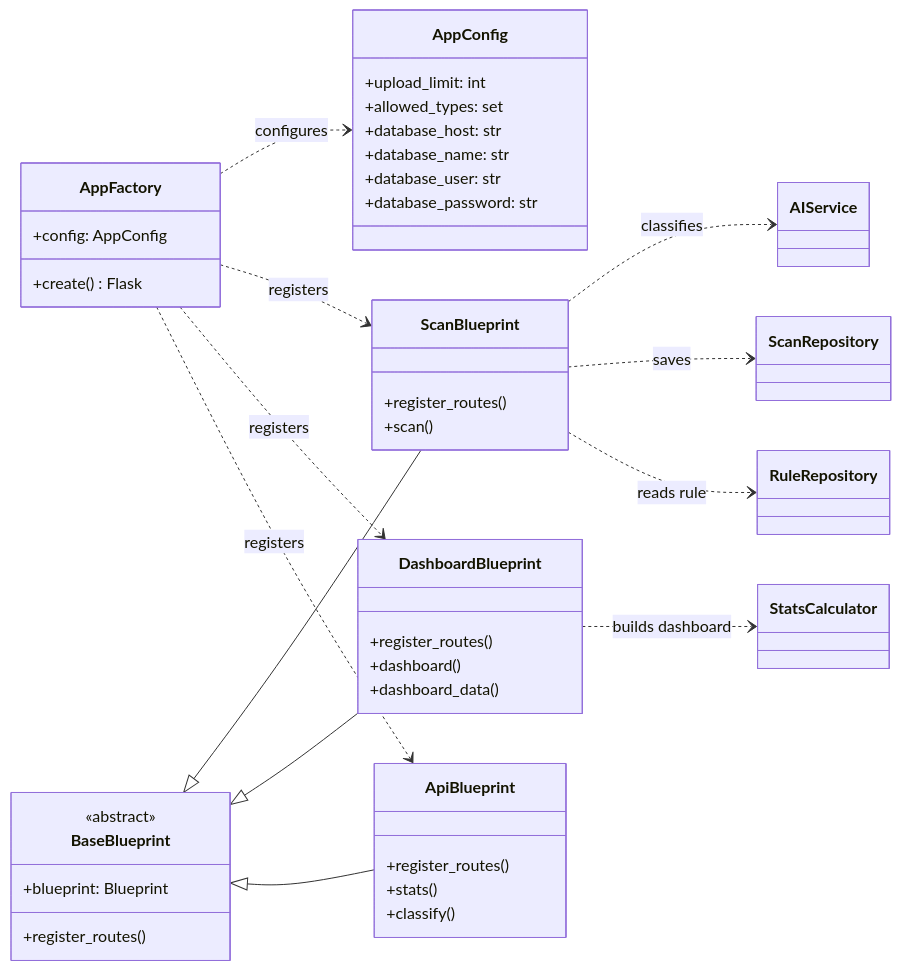
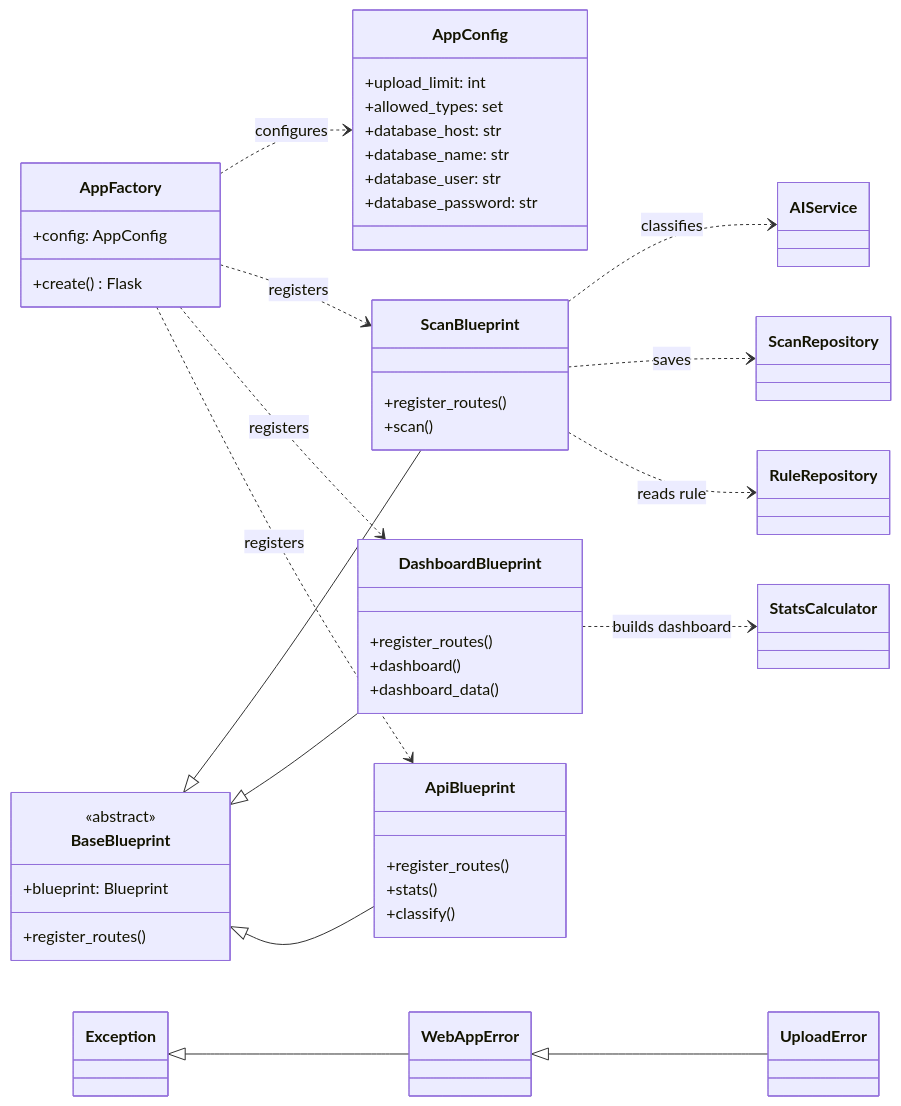
Before and after one commit to Timmyy3000/waste-sorting-assistant: the second of 6 diagrams in README.md, drawn with Mermaid. The commit also changed other lines of this file and 6 other files, not shown here.

Commit message:
feat(web): add error handlers and Flask tests

````diff
--- a/README.md
+++ b/README.md
@@ -74,46 +74,50 @@
 ```mermaid
 classDiagram
     direction LR
     class AppConfig {
         +upload_limit: int
         +allowed_types: set
         +database_host: str
         +database_name: str
         +database_user: str
         +database_password: str
     }
     class AppFactory {
         +config: AppConfig
         +create() Flask
     }
     class BaseBlueprint {
         <<abstract>>
         +blueprint: Blueprint
         +register_routes()
     }
     class ScanBlueprint {
         +register_routes()
         +scan()
     }
     class DashboardBlueprint {
         +register_routes()
         +dashboard()
         +dashboard_data()
     }
     class ApiBlueprint {
         +register_routes()
         +stats()
         +classify()
     }
+    class WebAppError
+    class UploadError
     BaseBlueprint <|-- ScanBlueprint
     BaseBlueprint <|-- DashboardBlueprint
     BaseBlueprint <|-- ApiBlueprint
+    Exception <|-- WebAppError
+    WebAppError <|-- UploadError
     AppFactory ..> AppConfig : configures
     AppFactory ..> ScanBlueprint : registers
     AppFactory ..> DashboardBlueprint : registers
     AppFactory ..> ApiBlueprint : registers
     ScanBlueprint ..> AIService : classifies
     ScanBlueprint ..> ScanRepository : saves
     ScanBlueprint ..> RuleRepository : reads rule
     DashboardBlueprint ..> StatsCalculator : builds dashboard
 ```
````
